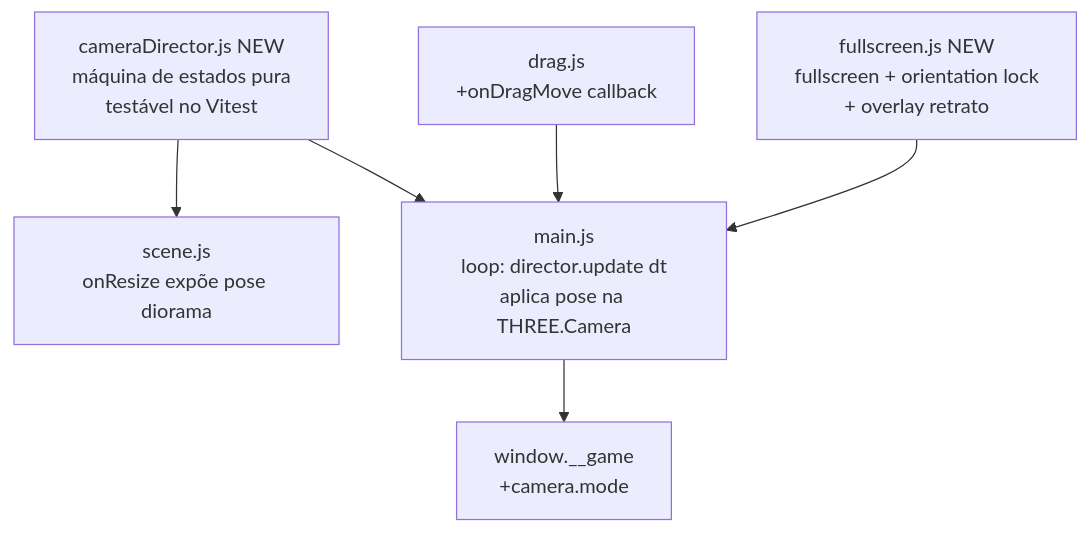
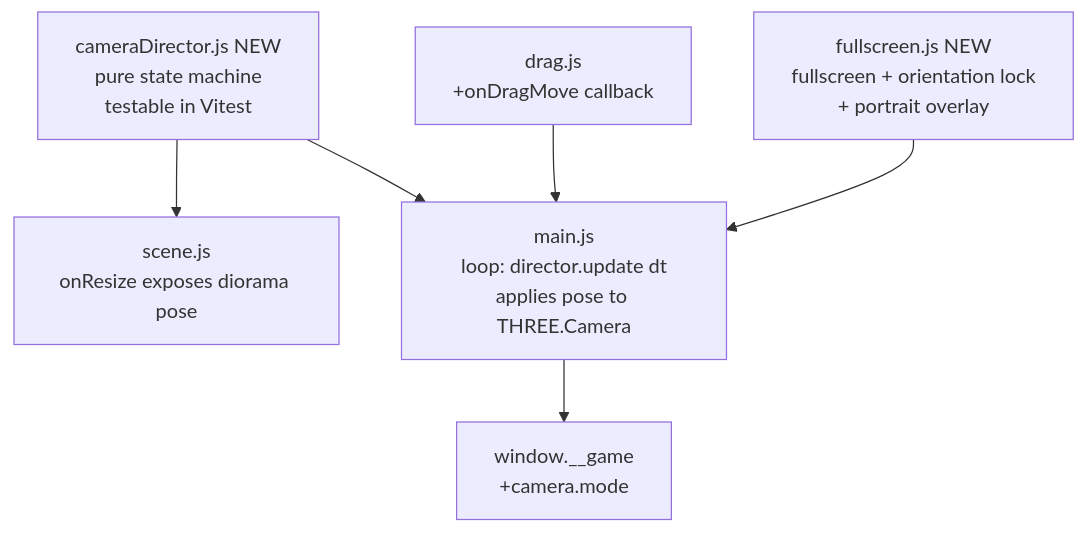
The diagram in .specs/features/mobile-camera/design.md (renatodts/bluey-kids-game), drawn with Mermaid before and after one commit. The commit also changed other lines of this file and 32 other files, not shown here.

````diff
--- a/.specs/features/mobile-camera/design.md
+++ b/.specs/features/mobile-camera/design.md
@@ -10,8 +10,8 @@
 ```mermaid
 graph TD
-    CD[cameraDirector.js NEW<br/>máquina de estados pura<br/>testável no Vitest] --> Scene[scene.js<br/>onResize expõe pose diorama]
-    CD --> Main[main.js<br/>loop: director.update dt<br/>aplica pose na THREE.Camera]
+    CD[cameraDirector.js NEW<br/>pure state machine<br/>testable in Vitest] --> Scene[scene.js<br/>onResize exposes diorama pose]
+    CD --> Main[main.js<br/>loop: director.update dt<br/>applies pose to THREE.Camera]
     Drag[drag.js<br/>+onDragMove callback] --> Main
-    FS[fullscreen.js NEW<br/>fullscreen + orientation lock<br/>+ overlay retrato] --> Main
+    FS[fullscreen.js NEW<br/>fullscreen + orientation lock<br/>+ portrait overlay] --> Main
     Main --> Hook["window.__game<br/>+camera.mode"]
 ```
````
